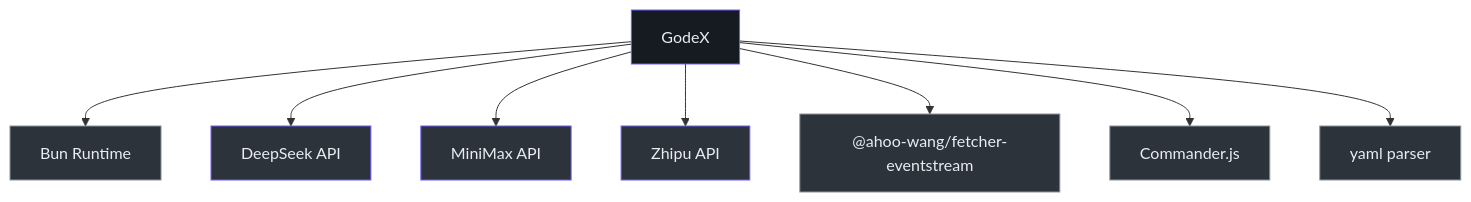
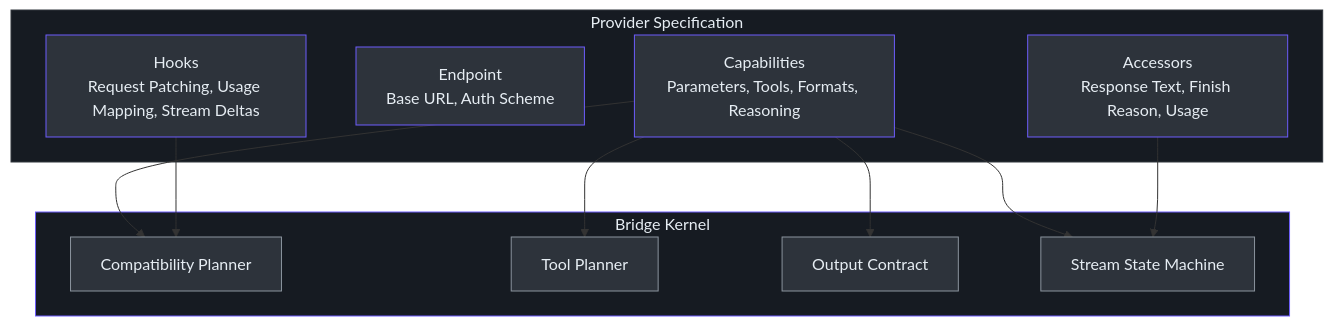
Before and after one commit to Ahoo-Wang/GodeX: the third of 3 diagrams in wiki/onboarding/executive-guide.md, drawn with Mermaid. The commit also changed other lines of this file and 40 other files, not shown here.

````diff
--- a/wiki/onboarding/executive-guide.md
+++ b/wiki/onboarding/executive-guide.md
@@ -104,28 +176,34 @@
 ```mermaid
 graph TB
-  GODEX["GodeX"]
-  BUN["Bun Runtime"]
-  DEEPSEEK["DeepSeek API"]
-  MINIMAX["MiniMax API"]
-  ZHIPU["Zhipu API"]
-  FETCHER["@ahoo-wang/fetcher-eventstream"]
-  COMMANDER["Commander.js"]
-  YAML["yaml parser"]
+  subgraph ProviderSpec["Provider Specification"]
+    CAPS["Capabilities<br>Parameters, Tools, Formats, Reasoning"]
+    ENDPOINT["Endpoint<br>Base URL, Auth Scheme"]
+    HOOKS["Hooks<br>Request Patching, Usage Mapping, Stream Deltas"]
+    ACCESSORS["Accessors<br>Response Text, Finish Reason, Usage"]
+  end
 
-  GODEX --> BUN
-  GODEX --> DEEPSEEK
-  GODEX --> MINIMAX
-  GODEX --> ZHIPU
-  GODEX --> FETCHER
-  GODEX --> COMMANDER
-  GODEX --> YAML
+  subgraph BridgeKernel["Bridge Kernel"]
+    COMPAT["Compatibility Planner"]
+    TOOLS["Tool Planner"]
+    OUTPUT["Output Contract"]
+    STREAM["Stream State Machine"]
+  end
 
-  style GODEX fill:#161b22,stroke:#6d5dfc,color:#e6edf3
-  style BUN fill:#2d333b,stroke:#8b949e,color:#e6edf3
-  style DEEPSEEK fill:#2d333b,stroke:#6d5dfc,color:#e6edf3
-  style MINIMAX fill:#2d333b,stroke:#6d5dfc,color:#e6edf3
-  style ZHIPU fill:#2d333b,stroke:#6d5dfc,color:#e6edf3
-  style FETCHER fill:#2d333b,stroke:#8b949e,color:#e6edf3
-  style COMMANDER fill:#2d333b,stroke:#8b949e,color:#e6edf3
-  style YAML fill:#2d333b,stroke:#8b949e,color:#e6edf3
+  CAPS --> COMPAT
+  CAPS --> TOOLS
+  CAPS --> OUTPUT
+  CAPS --> STREAM
+  HOOKS --> COMPAT
+  ACCESSORS --> STREAM
+
+  style ProviderSpec fill:#161b22,stroke:#30363d,color:#e6edf3
+  style BridgeKernel fill:#161b22,stroke:#6d5dfc,color:#e6edf3
+  style CAPS fill:#2d333b,stroke:#6d5dfc,color:#e6edf3
+  style ENDPOINT fill:#2d333b,stroke:#6d5dfc,color:#e6edf3
+  style HOOKS fill:#2d333b,stroke:#6d5dfc,color:#e6edf3
+  style ACCESSORS fill:#2d333b,stroke:#6d5dfc,color:#e6edf3
+  style COMPAT fill:#2d333b,stroke:#8b949e,color:#e6edf3
+  style TOOLS fill:#2d333b,stroke:#8b949e,color:#e6edf3
+  style OUTPUT fill:#2d333b,stroke:#8b949e,color:#e6edf3
+  style STREAM fill:#2d333b,stroke:#8b949e,color:#e6edf3
 ```
````
